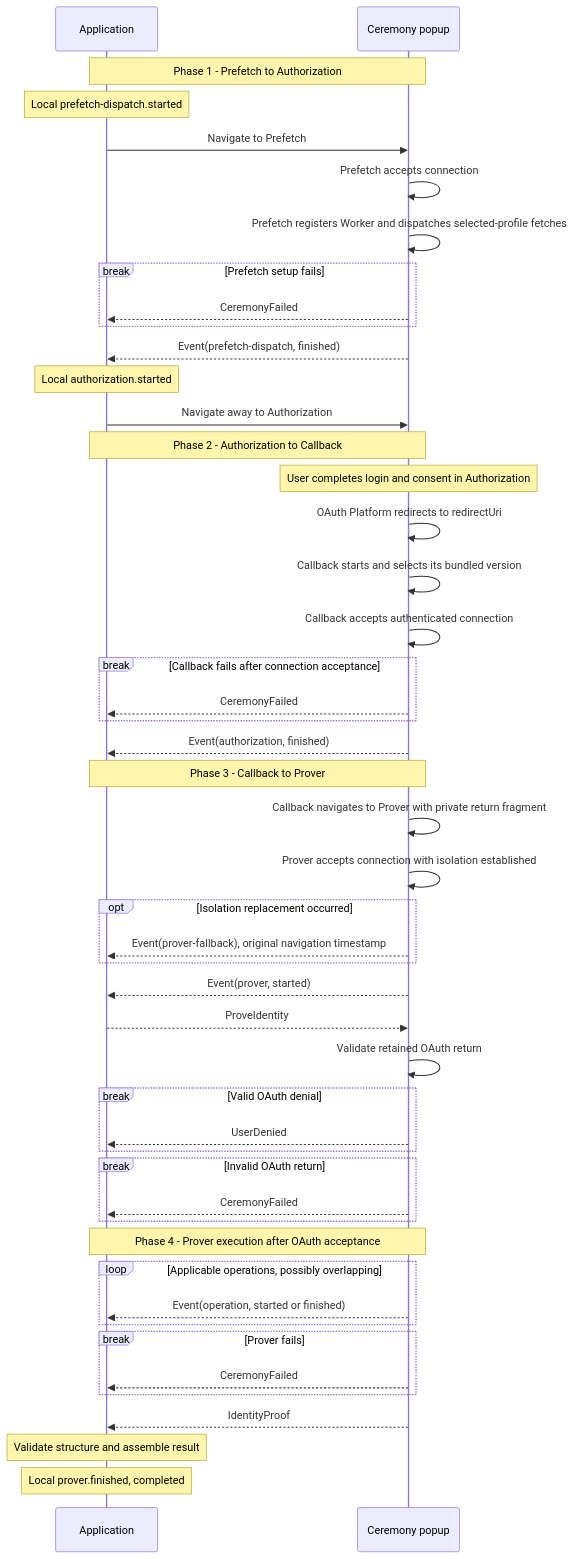
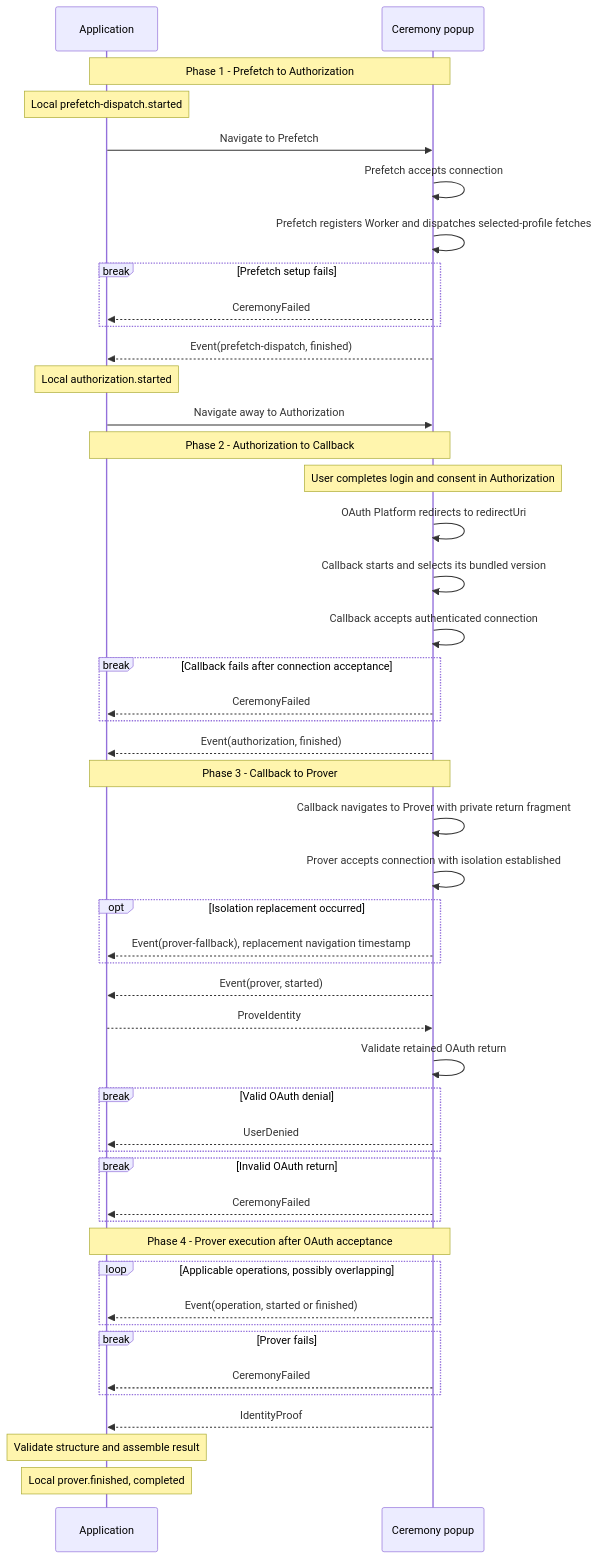
The diagram in specs/ccdp.md (libid-org/libID), drawn with Mermaid before and after one commit. The commit also changed other lines of this file and 5 other files, not shown here.

````diff
--- a/specs/ccdp.md
+++ b/specs/ccdp.md
@@ -861,54 +881,54 @@
 ```mermaid
 sequenceDiagram
     participant A as Application
     participant P as Ceremony popup
 
     Note over A,P: Phase 1 - Prefetch to Authorization
     Note over A: Local prefetch-dispatch.started
     A->>P: Navigate to Prefetch
     P->>P: Prefetch accepts connection
     P->>P: Prefetch registers Worker and dispatches selected-profile fetches
     break Prefetch setup fails
         P-->>A: CeremonyFailed
     end
     P-->>A: Event(prefetch-dispatch, finished)
     Note over A: Local authorization.started
     A->>P: Navigate away to Authorization
 
     Note over A,P: Phase 2 - Authorization to Callback
     Note over P: User completes login and consent in Authorization
     P->>P: OAuth Platform redirects to redirectUri
     P->>P: Callback starts and selects its bundled version
     P->>P: Callback accepts authenticated connection
     break Callback fails after connection acceptance
         P-->>A: CeremonyFailed
     end
     P-->>A: Event(authorization, finished)
 
     Note over A,P: Phase 3 - Callback to Prover
     P->>P: Callback navigates to Prover with private return fragment
     P->>P: Prover accepts connection with isolation established
     opt Isolation replacement occurred
-        P-->>A: Event(prover-fallback), original navigation timestamp
+        P-->>A: Event(prover-fallback), replacement navigation timestamp
     end
     P-->>A: Event(prover, started)
     A-->>P: ProveIdentity
 
     P->>P: Validate retained OAuth return
     break Valid OAuth denial
         P-->>A: UserDenied
     end
     break Invalid OAuth return
         P-->>A: CeremonyFailed
     end
     Note over A,P: Phase 4 - Prover execution after OAuth acceptance
     loop Applicable operations, possibly overlapping
         P-->>A: Event(operation, started or finished)
     end
     break Prover fails
         P-->>A: CeremonyFailed
     end
     P-->>A: IdentityProof
     Note over A: Validate structure and assemble result
     Note over A: Local prover.finished, completed
 ```
````
